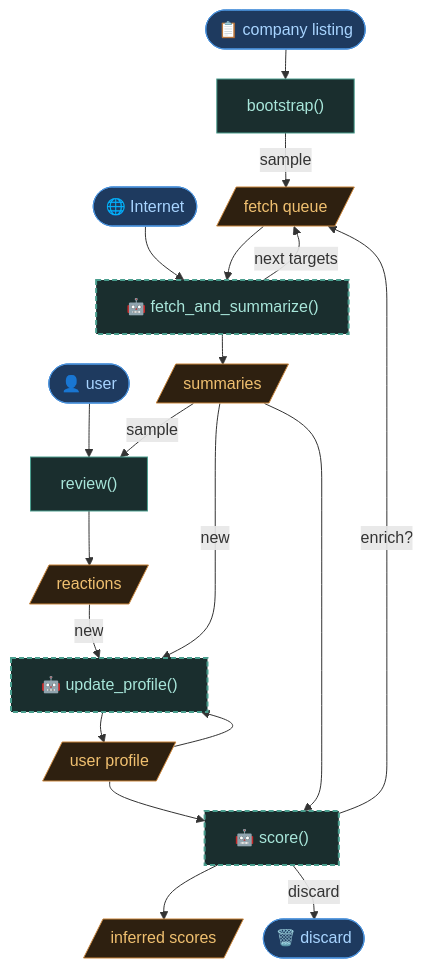
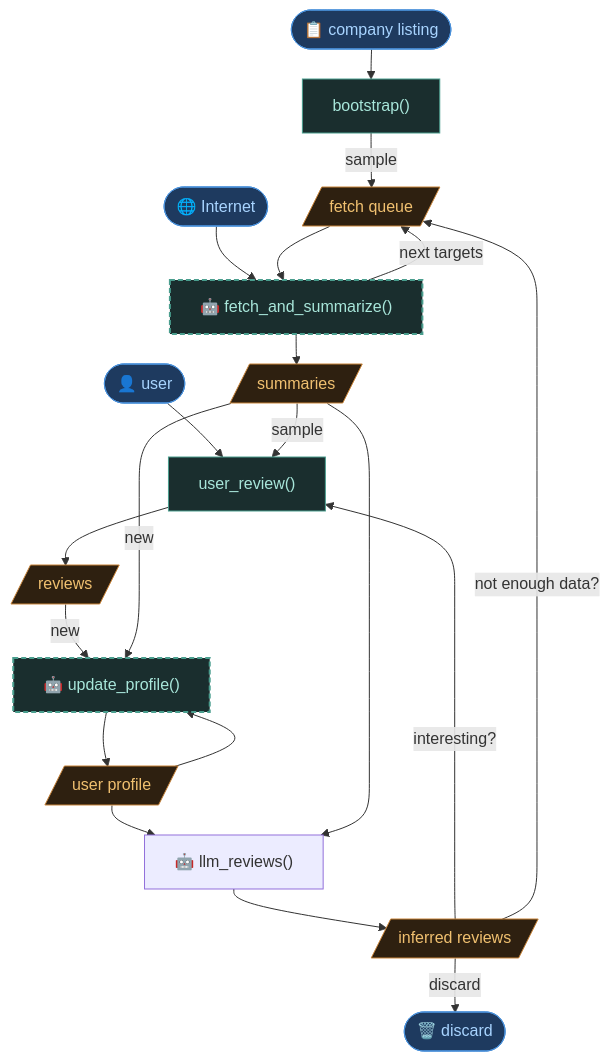
The diagram in docs/specs/21_pipeline_overview.md (xdze2/anpe2k26), drawn with Mermaid before and after one commit.

Commit message:
Modif graph loop

````diff
--- a/docs/specs/21_pipeline_overview.md
+++ b/docs/specs/21_pipeline_overview.md
@@ -14,59 +14,61 @@
 ```mermaid
 %%{init: {"flowchart": {"rankSpacing": 30, "nodeSpacing": 20}} }%%
 flowchart TD
     %% external inputs
     LISTING(["📋 company listing"])
     INTERNET(["🌐 Internet"])
     USER(["👤 user"])
 
     %% process steps
     BOOTSTRAP["bootstrap()"]
     RUN["🤖 fetch_and_summarize()"]
-    REVIEW["review()"]
+    REVIEW["user_review()"]
     PROFILE["🤖 update_profile()"]
-    SCORE["🤖 score()"]
+    EVAL["🤖 llm_reviews()"]
 
     %% data artifacts
     QUEUE[/"fetch queue"/]
     SUMMARIES[/"summaries"/]
-    REACTIONS[/"reactions"/]
+    REACTIONS[/"reviews"/]
     PROF_DATA[/"user profile"/]
-    SCORES[/"inferred scores"/]
+    SCORES[/"inferred reviews"/]
 
     DISCARD(["🗑️ discard"])
 
     %% flow
     LISTING --> BOOTSTRAP
     BOOTSTRAP -->|sample| QUEUE
 
     INTERNET --> RUN
     QUEUE --> RUN
     RUN --> SUMMARIES
     RUN -->|next targets| QUEUE
 
     USER --> REVIEW
     SUMMARIES -->|sample| REVIEW
     REVIEW --> REACTIONS
 
     REACTIONS -->|new| PROFILE
     SUMMARIES -->|new| PROFILE
     PROF_DATA --> PROFILE
     PROFILE --> PROF_DATA
 
-    PROF_DATA --> SCORE
-    SUMMARIES --> SCORE
-    SCORE --> SCORES
-    SCORE -->|enrich?| QUEUE
-    SCORE -->|discard| DISCARD
+    PROF_DATA --> EVAL
+    SUMMARIES --> EVAL
+    SCORES -->|interesting?| REVIEW
+    EVAL --> SCORES
+    SCORES -->|not enough data?| QUEUE
+    SCORES -->|discard| DISCARD
+
 
     %% styles
     classDef input  fill:#1e3a5f,stroke:#4a90d9,color:#a8d4ff
     classDef step   fill:#1a2e2e,stroke:#4a9e8e,color:#a8e6da
     classDef llm    fill:#1a2e2e,stroke:#4a9e8e,color:#a8e6da,stroke-width:2px,stroke-dasharray:5 3
     classDef data   fill:#2e2010,stroke:#c8843a,color:#f0c070
 
     class LISTING,INTERNET,USER,DISCARD input
     class BOOTSTRAP,REVIEW step
     class RUN,PROFILE,SCORE llm
     class QUEUE,SUMMARIES,REACTIONS,PROF_DATA,SCORES data
 ```
````
